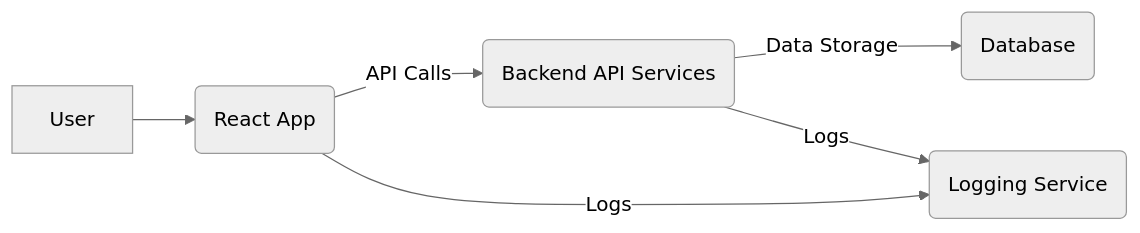
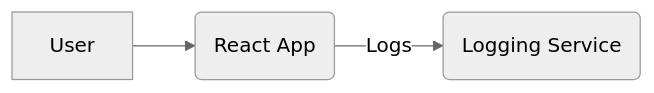
One commit to MalaiarasuGRaj/2217010 changed the diagram in SYSTEM_DESIGN.md. Above: the diagram before and after it, drawn with Mermaid (neutral theme). The commit also changed other lines of this file and 2 other files, not shown here.

````diff
--- a/SYSTEM_DESIGN.md
+++ b/SYSTEM_DESIGN.md
@@ -13,8 +13,5 @@
 ```mermaid
 graph LR
     User --> Frontend(React App)
-    Frontend -- API Calls --> Backend(Backend API Services)
-    Backend -- Data Storage --> Database(Database)
     Frontend -- Logs --> LoggingService(Logging Service)
-    Backend -- Logs --> LoggingService
 ```
````
